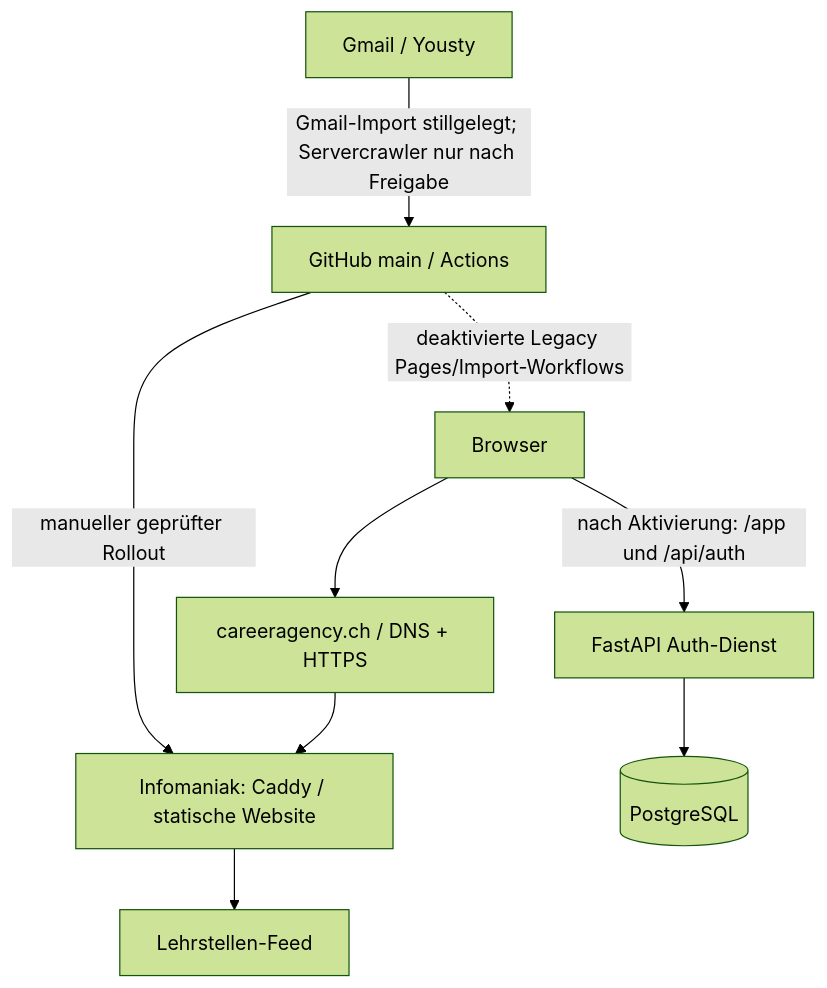
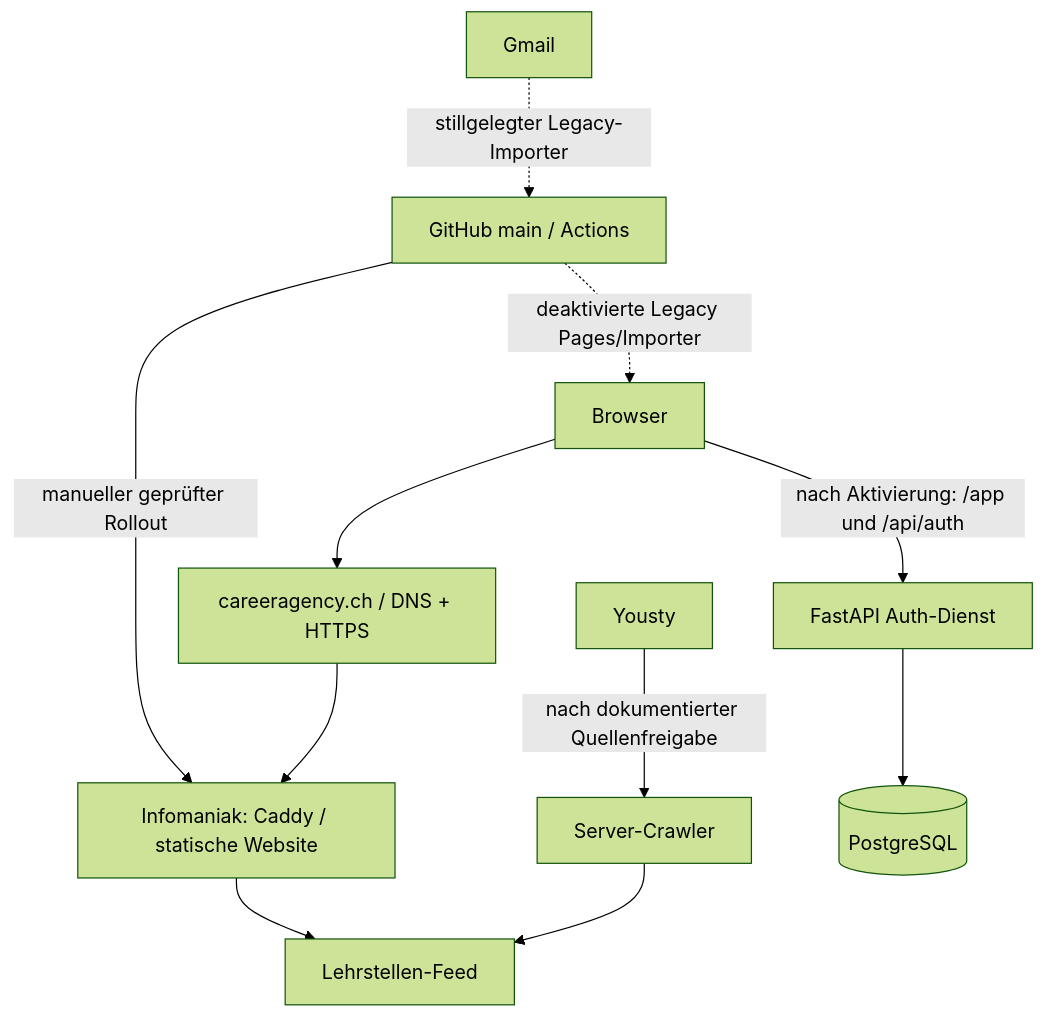
The diagram in docs/operations/server-map.md (Coco1the8creator7/bewerbungs-agent), drawn with Mermaid (forest theme) before and after one commit. The commit also changed other lines of this file, not shown here.

Commit message:
docs(ops): clarify merged production architecture

````diff
--- a/docs/operations/server-map.md
+++ b/docs/operations/server-map.md
@@ -18,11 +18,13 @@
 ```mermaid
 flowchart TD
  B[Browser] --> D[careeragency.ch / DNS + HTTPS]
  D --> C[Infomaniak: Caddy / statische Website]
  C --> F[Lehrstellen-Feed]
  B -->|nach Aktivierung: /app und /api/auth| A[FastAPI Auth-Dienst]
  A --> DB[(PostgreSQL)]
  GH[GitHub main / Actions] -->|manueller geprüfter Rollout| C
- GH -.->|deaktivierte Legacy Pages/Import-Workflows| B
- E[Gmail / Yousty] -->|Gmail-Import stillgelegt; Servercrawler nur nach Freigabe| GH
+ GH -.->|deaktivierte Legacy Pages/Importer| B
+ G[Gmail] -.->|stillgelegter Legacy-Importer| GH
+ Y[Yousty] -->|nach dokumentierter Quellenfreigabe| K[Server-Crawler]
+ K --> F
 ```
````
